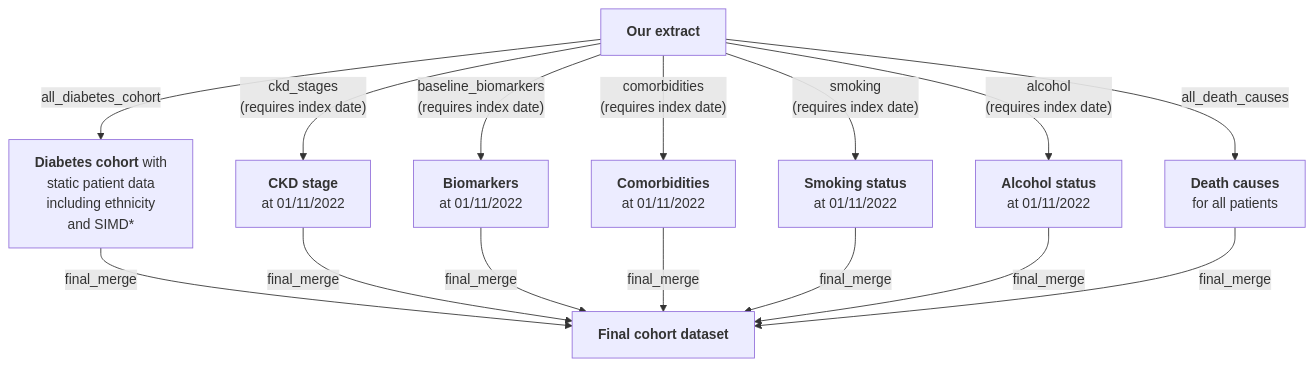
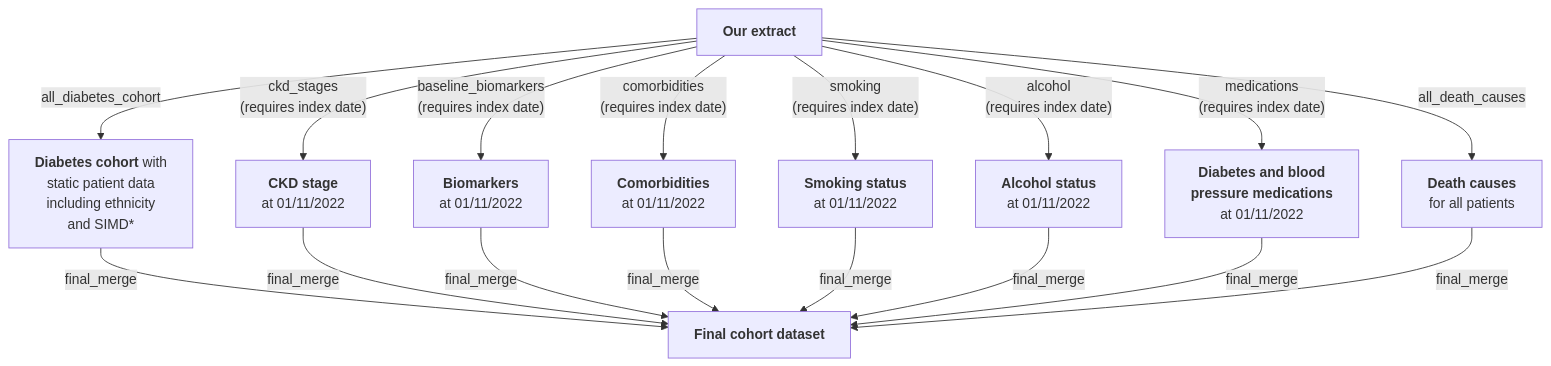
One commit to Exeter-Diabetes/SDRN-Cohort-Scripts changed the diagram in 02-Prevalent/README.md. Above: the diagram before and after it, drawn with Mermaid. The commit also changed other lines of this file and 7 other files, not shown here.

````diff
--- a/02-Prevalent/README.md
+++ b/02-Prevalent/README.md
@@ -11,18 +11,20 @@
 ```mermaid
 graph TD;
     A["<b>Our extract</b>"] --> |"all_diabetes_cohort"|B["<b>Diabetes cohort</b> with <br> static patient data <br> including ethnicity <br> and SIMD*"]
     A-->|"ckd_stages <br> (requires index date)"|C["<b>CKD stage </b> <br> at 01/11/2022"]
     A-->|"baseline_biomarkers <br> (requires index date)"|E["<b>Biomarkers</b> <br> at 01/11/2022"]
     A-->|"comorbidities <br> (requires index date)"|F["<b>Comorbidities</b> <br> at 01/11/2022"]
     A-->|"smoking <br> (requires index date)"|G["<b>Smoking status</b> <br> at 01/11/2022"]
     A-->|"alcohol <br> (requires index date)"|H["<b>Alcohol status</b> <br> at 01/11/2022"]
+    A-->|"medications <br> (requires index date)"|K["<b>Diabetes and blood <br> pressure medications</b> <br> at 01/11/2022"]
     A --> |"all_death_causes"| I["<b>Death causes</b> <br> for all patients"]
     
     B-->|"final_merge"|J["<b>Final cohort dataset</b>"]
     C-->|"final_merge"|J  
     E-->|"final_merge"|J
     F-->|"final_merge"|J
     G-->|"final_merge"|J
     H-->|"final_merge"|J  
+    K-->|"final_merge"|J
     I-->|"final_merge"|J
 ```
````
